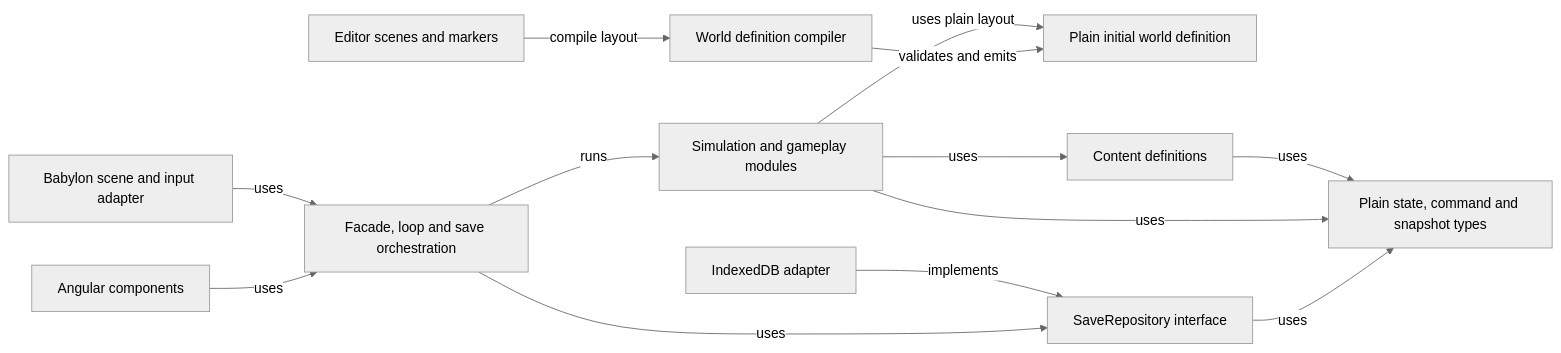
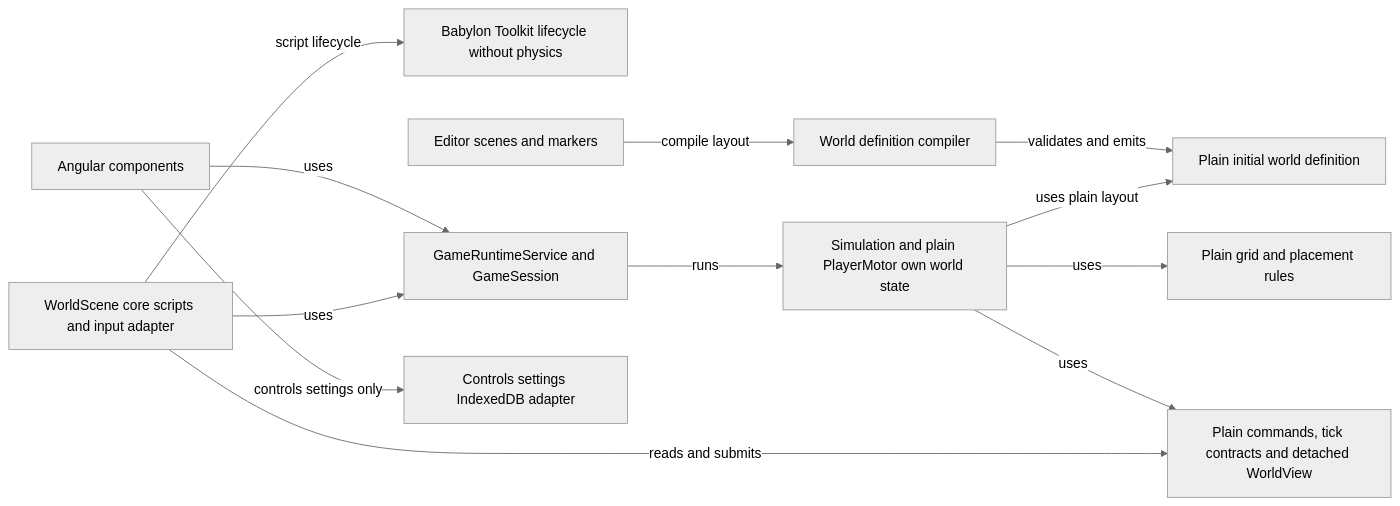
The first of 5 diagrams in docs/plans/README.md (Googlproxer/Scrapworks), drawn with Mermaid (neutral theme) before and after one commit. The commit also changed other lines of this file and 418 other files, not shown here.

First line of the commit message:
Build out Babylon gameplay and Toolkit script lifecycles

````diff
--- a/docs/plans/README.md
+++ b/docs/plans/README.md
@@ -113,27 +114,26 @@
 ```mermaid
 flowchart LR
     Angular[Angular components]
-    Babylon[Babylon scene and input adapter]
+    Babylon[WorldScene core scripts and input adapter]
+    Toolkit[Babylon Toolkit lifecycle without physics]
     Editor[Editor scenes and markers]
     Compiler[World definition compiler]
     Definition[Plain initial world definition]
-    IndexedDb[IndexedDB adapter]
-    Application[Facade, loop and save orchestration]
-    Simulation[Simulation and gameplay modules]
-    Content[Content definitions]
-    Model[Plain state, command and snapshot types]
-    Port[SaveRepository interface]
+    Application[GameRuntimeService and GameSession]
+    Simulation[Simulation and plain PlayerMotor own world state]
+    Grid[Plain grid and placement rules]
+    Model[Plain commands, tick contracts and detached WorldView]
+    Settings[Controls settings IndexedDB adapter]
 
     Editor -->|compile layout| Compiler
     Compiler -->|validates and emits| Definition
     Simulation -->|uses plain layout| Definition
     Angular -->|uses| Application
     Babylon -->|uses| Application
+    Babylon -->|script lifecycle| Toolkit
     Application -->|runs| Simulation
-    Application -->|uses| Port
-    IndexedDb -->|implements| Port
-    Port -->|uses| Model
-    Simulation -->|uses| Content
+    Angular -->|controls settings only| Settings
+    Simulation -->|uses| Grid
     Simulation -->|uses| Model
-    Content -->|uses| Model
+    Babylon -->|reads and submits| Model
 ```
````
